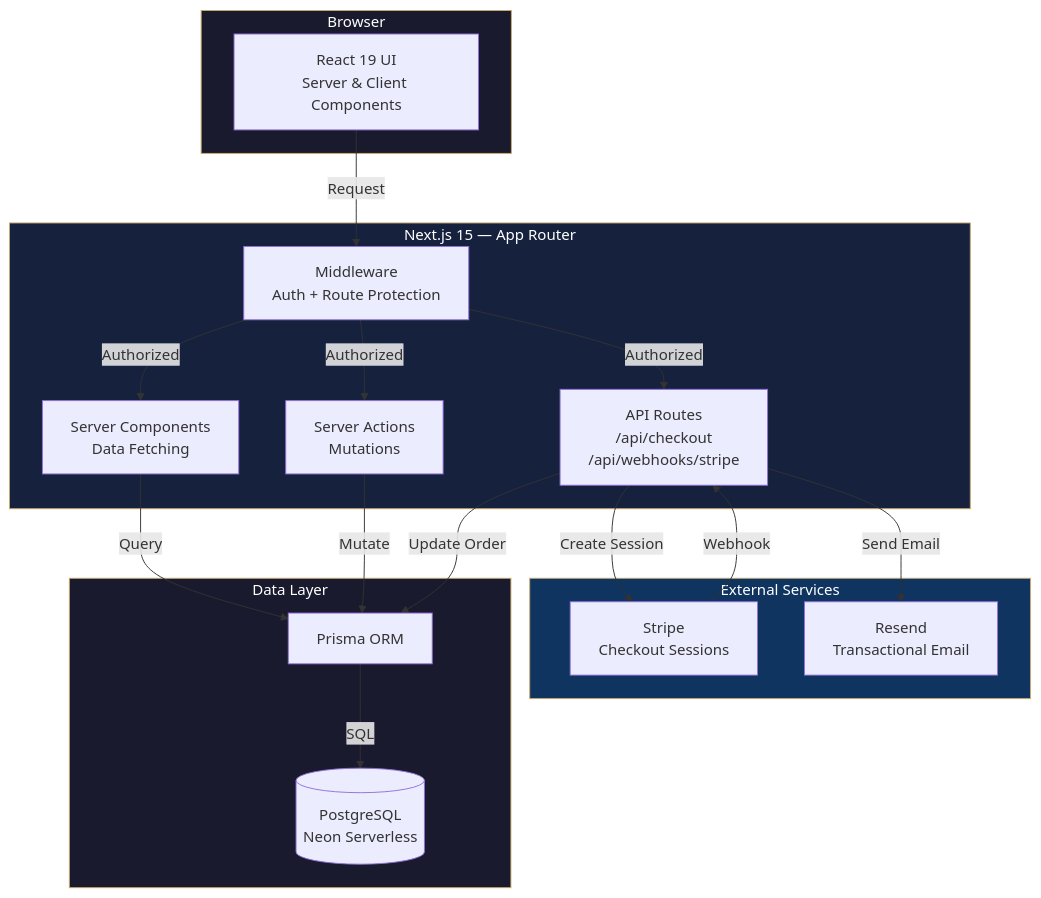
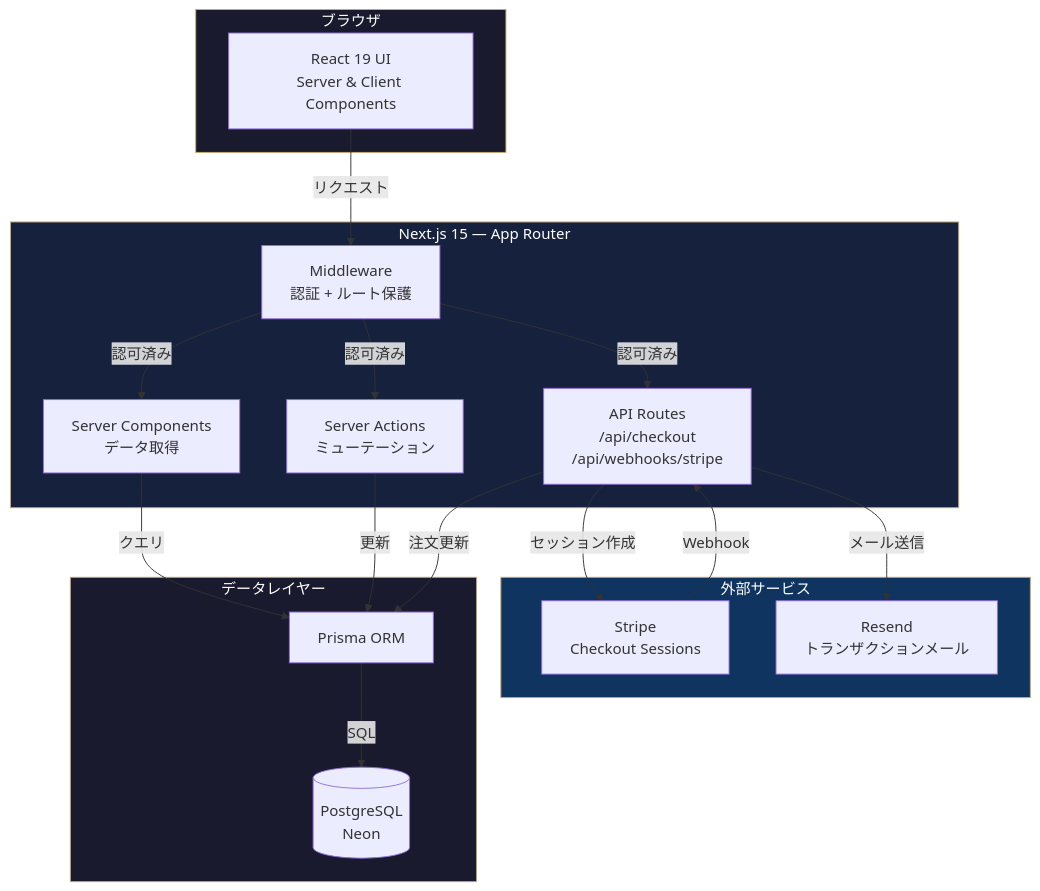
Before and after one commit to mer-prog/luxe-store: the first of 2 diagrams in README.md, drawn with Mermaid. The commit also changed other lines of this file and 1 other file, not shown here.

First line of the commit message:
fix: inventory compensation on Stripe failure + real payment_failed handler + tests

````diff
--- a/README.md
+++ b/README.md
@@ -56,40 +64,40 @@
 ```mermaid
 graph TB
-    subgraph Client["Browser"]
+    subgraph Client["ブラウザ"]
         UI["React 19 UI<br/>Server & Client Components"]
     end
 
     subgraph NextJS["Next.js 15 — App Router"]
-        MW["Middleware<br/>Auth + Route Protection"]
-        RSC["Server Components<br/>Data Fetching"]
-        SA["Server Actions<br/>Mutations"]
+        MW["Middleware<br/>認証 + ルート保護"]
+        RSC["Server Components<br/>データ取得"]
+        SA["Server Actions<br/>ミューテーション"]
         API["API Routes<br/>/api/checkout<br/>/api/webhooks/stripe"]
     end
 
-    subgraph Services["External Services"]
+    subgraph Services["外部サービス"]
         STRIPE["Stripe<br/>Checkout Sessions"]
-        RESEND["Resend<br/>Transactional Email"]
+        RESEND["Resend<br/>トランザクションメール"]
     end
 
-    subgraph Data["Data Layer"]
+    subgraph Data["データレイヤー"]
         PRISMA["Prisma ORM"]
-        DB[("PostgreSQL<br/>Neon Serverless")]
+        DB[("PostgreSQL<br/>Neon")]
     end
 
-    UI -->|Request| MW
-    MW -->|Authorized| RSC
-    MW -->|Authorized| SA
-    MW -->|Authorized| API
-    RSC -->|Query| PRISMA
-    SA -->|Mutate| PRISMA
-    API -->|Create Session| STRIPE
+    UI -->|リクエスト| MW
+    MW -->|認可済み| RSC
+    MW -->|認可済み| SA
+    MW -->|認可済み| API
+    RSC -->|クエリ| PRISMA
+    SA -->|更新| PRISMA
+    API -->|セッション作成| STRIPE
     STRIPE -->|Webhook| API
-    API -->|Update Order| PRISMA
-    API -->|Send Email| RESEND
+    API -->|注文更新| PRISMA
+    API -->|メール送信| RESEND
     PRISMA -->|SQL| DB
 
     style Client fill:#1a1a2e,stroke:#C9A96E,color:#fff
     style NextJS fill:#16213e,stroke:#C9A96E,color:#fff
     style Services fill:#0f3460,stroke:#C9A96E,color:#fff
     style Data fill:#1a1a2e,stroke:#C9A96E,color:#fff
 ```
````
